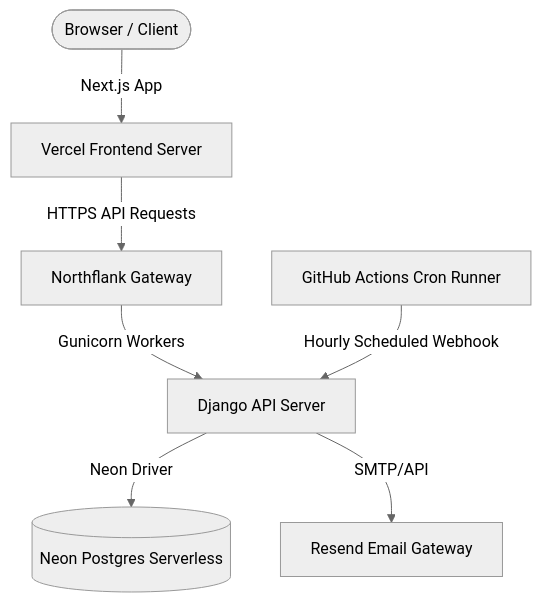
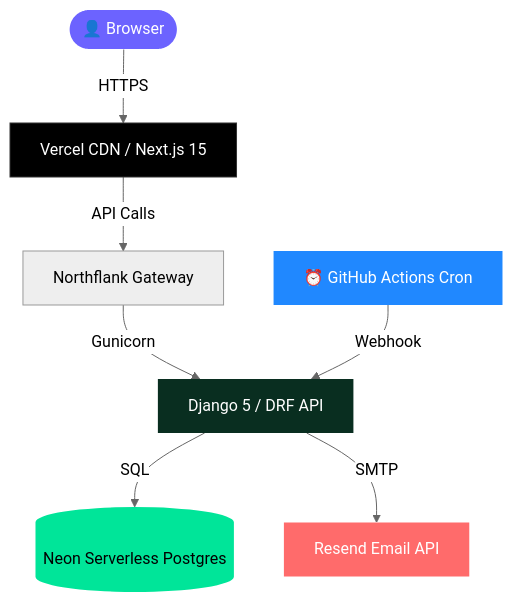
One commit to mahedi-emon/VocabCycle changed the diagram in README.md. Above: the diagram before and after it, drawn with Mermaid (neutral theme). The commit also changed other lines of this file and 1 other file, not shown here.

Commit message:
Redesign homepage SEO section with premium card layout and overhaul README with tables, styled diagrams, and CTA

````diff
--- a/README.md
+++ b/README.md
@@ -35,9 +46,16 @@
 ```mermaid
 graph TD
-    User([Browser / Client]) -->|Next.js App| Frontend[Vercel Frontend Server]
-    Frontend -->|HTTPS API Requests| Gate[Northflank Gateway]
-    Gate -->|Gunicorn Workers| Backend[Django API Server]
-    Backend -->|Neon Driver| DB[(Neon Postgres Serverless)]
-    Backend -->|SMTP/API| Resend[Resend Email Gateway]
-    GH[GitHub Actions Cron Runner] -->|Hourly Scheduled Webhook| Backend
+    A([👤 Browser]) -->|HTTPS| B[Vercel CDN / Next.js 15]
+    B -->|API Calls| C[Northflank Gateway]
+    C -->|Gunicorn| D[Django 5 / DRF API]
+    D -->|SQL| E[(Neon Serverless Postgres)]
+    D -->|SMTP| F[Resend Email API]
+    G[⏰ GitHub Actions Cron] -->|Webhook| D
+    
+    style A fill:#6C63FF,color:#fff,stroke:none
+    style B fill:#000,color:#fff,stroke:#333
+    style D fill:#092E20,color:#fff,stroke:none
+    style E fill:#00E599,color:#000,stroke:none
+    style F fill:#FF6B6B,color:#fff,stroke:none
+    style G fill:#2088FF,color:#fff,stroke:none
 ```
````
